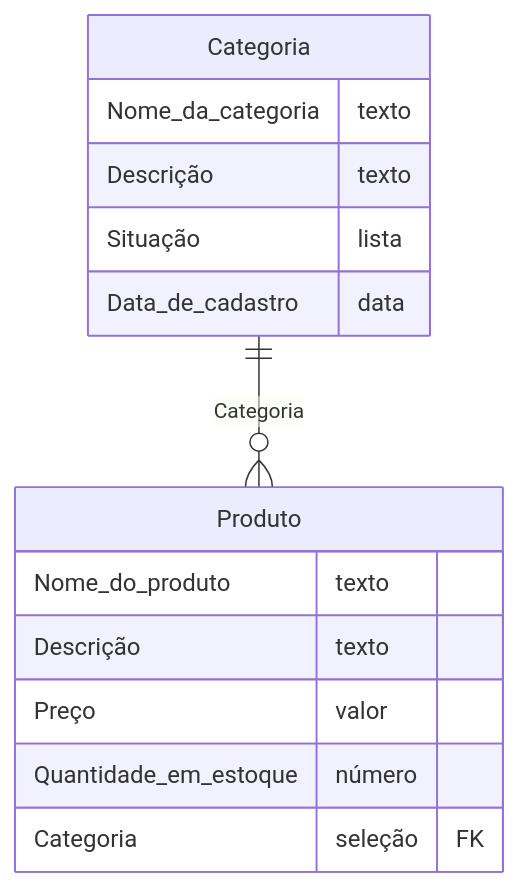
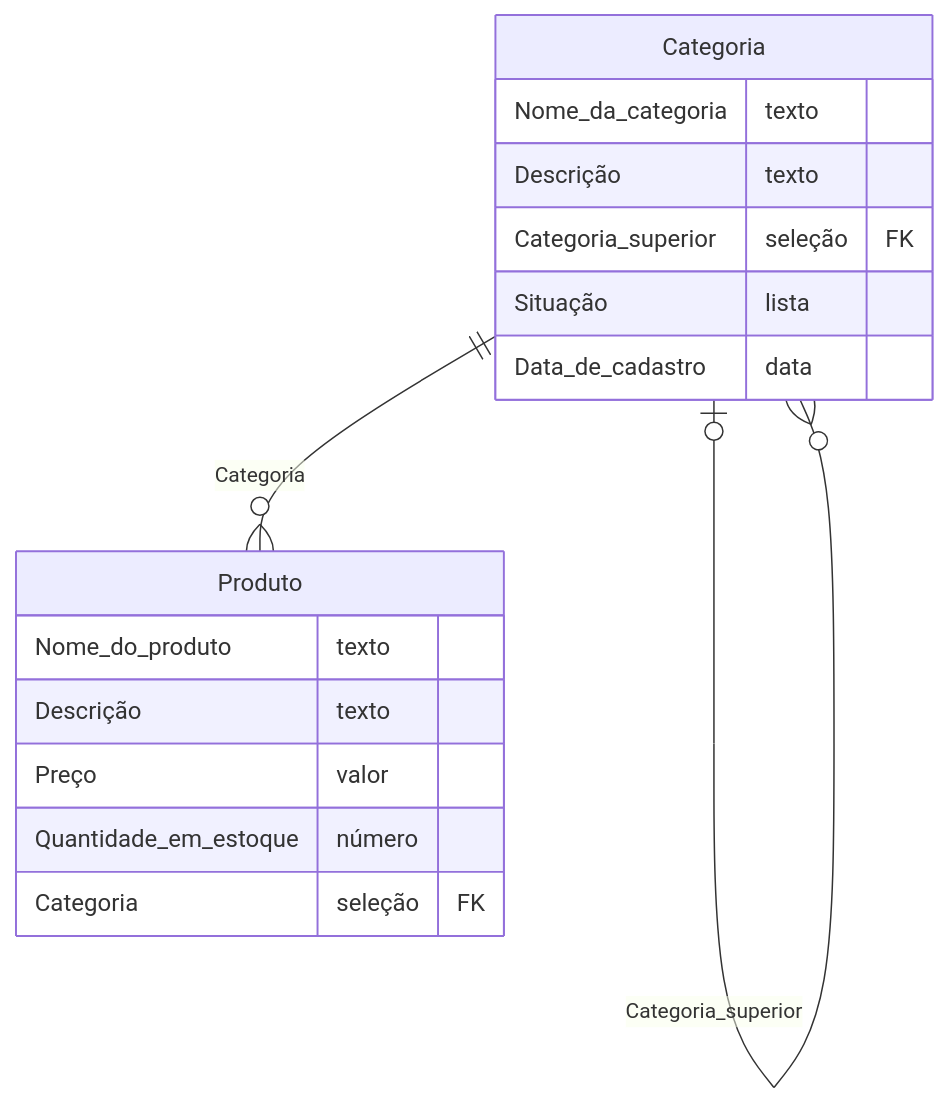
The second of 4 diagrams in global/DIAGRAMA-ER.md (andromarcio/loja-acme-doc), drawn with Mermaid before and after one commit. The commit also changed 227 other files, not shown here.

````diff
--- a/global/DIAGRAMA-ER.md
+++ b/global/DIAGRAMA-ER.md
@@ -28,17 +28,19 @@
 ```mermaid
 erDiagram
   Categoria {
     Nome_da_categoria texto
     Descrição texto
+    Categoria_superior seleção FK
     Situação lista
     Data_de_cadastro data
   }
   Produto {
     Nome_do_produto texto
     Descrição texto
     Preço valor
     Quantidade_em_estoque número
     Categoria seleção FK
   }
+  Categoria |o--o{ Categoria : "Categoria_superior"
   Categoria ||--o{ Produto : "Categoria"
 ```
````
